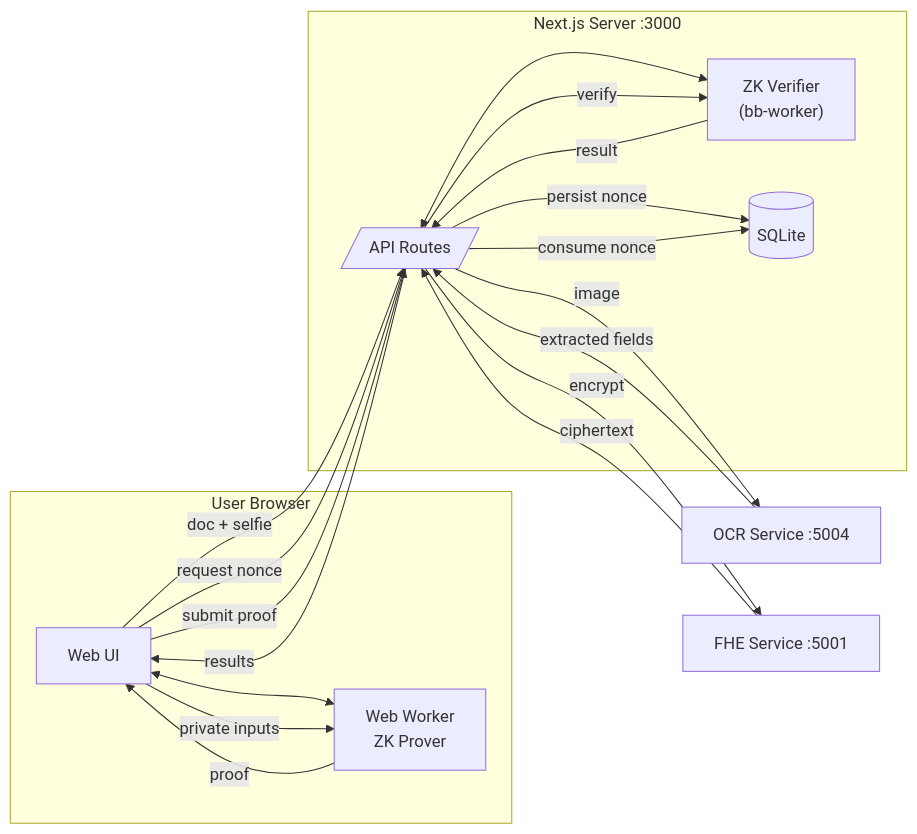
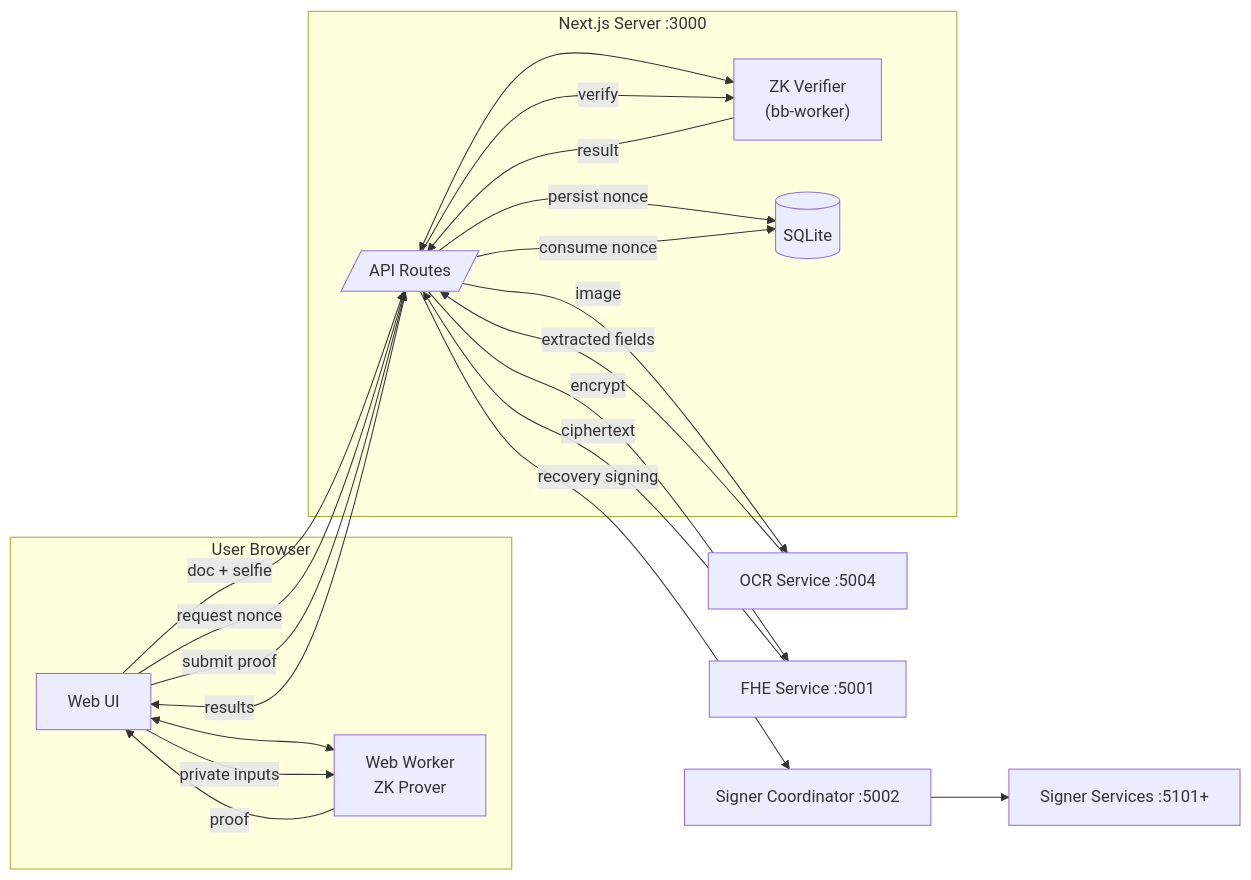
The first of 3 diagrams in docs/architecture.md (gustavovalverde/zentity), drawn with Mermaid before and after one commit. The commit also changed other lines of this file and 10 other files, not shown here.

First line of the commit message:
docs: update recovery and signer documentation

````diff
--- a/docs/architecture.md
+++ b/docs/architecture.md
@@ -34,35 +35,39 @@
 ```mermaid
 flowchart LR
   subgraph B["User Browser"]
     UI["Web UI"]
     W["Web Worker\nZK Prover"]
     UI <--> W
   end
 
   subgraph WEB["Next.js Server :3000"]
     API[/"API Routes"/]
     BB["ZK Verifier\n(bb-worker)"]
     DB[("SQLite")]
     API <--> BB
   end
 
   OCR["OCR Service :5004"]
   FHE["FHE Service :5001"]
+  SIGNER["Signer Coordinator :5002"]
+  SIGNERS["Signer Services :5101+"]
 
   UI -->|"doc + selfie"| API
   API -->|"image"| OCR
   OCR -->|"extracted fields"| API
   API -->|"results"| UI
 
   UI -->|"request nonce"| API
   API -->|"persist nonce"| DB
   UI -->|"private inputs"| W
   W -->|"proof"| UI
   UI -->|"submit proof"| API
   API -->|"verify"| BB
   BB -->|"result"| API
   API -->|"consume nonce"| DB
 
   API -->|"encrypt"| FHE
   FHE -->|"ciphertext"| API
+  API -->|"recovery signing"| SIGNER
+  SIGNER --> SIGNERS
 ```
````
